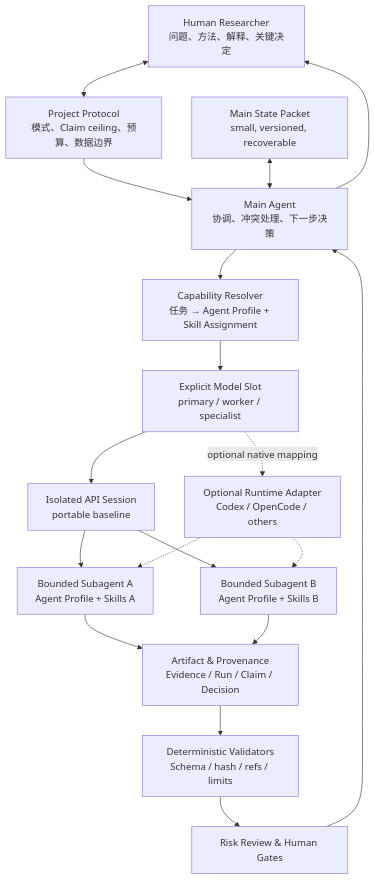
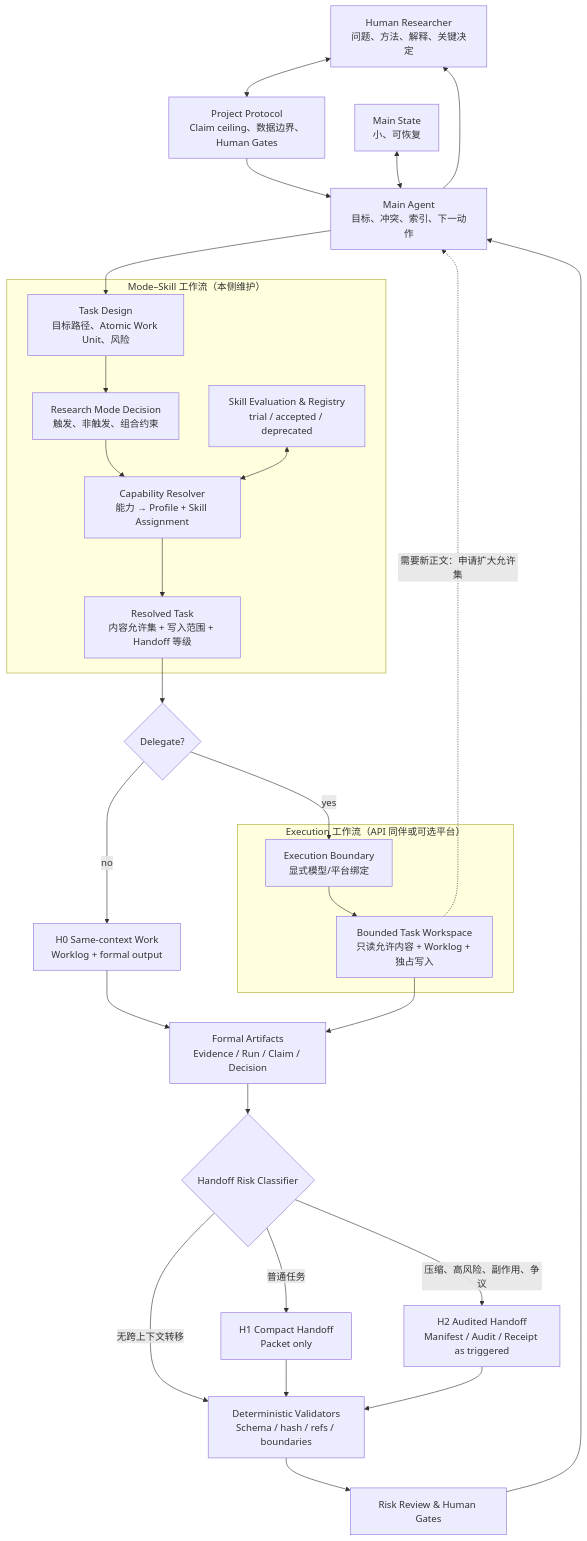
One commit to Chengyue-Lu/research-agent-workbench changed the first of 2 diagrams in docs/ARCHITECTURE.md. Above: the diagram before and after it, drawn with Mermaid. The commit also changed other lines of this file and 27 other files, not shown here.

Commit message:
Shift focus to mode and skill selection

````diff
--- a/docs/ARCHITECTURE.md
+++ b/docs/ARCHITECTURE.md
@@ -59,34 +58,47 @@
 ```mermaid
 flowchart TB
     H["Human Researcher\n问题、方法、解释、关键决定"]
-    PP["Project Protocol\n模式、Claim ceiling、预算、数据边界"]
-    MA["Main Agent\n协调、冲突处理、下一步决策"]
-    CR["Capability Resolver\n任务 → Agent Profile + Skill Assignment"]
-    MB["Explicit Model Slot\nprimary / worker / specialist"]
-    API["Isolated API Session\nportable baseline"]
-    RT["Optional Runtime Adapter\nCodex / OpenCode / others"]
-    SA1["Bounded Subagent A\nAgent Profile + Skills A"]
-    SA2["Bounded Subagent B\nAgent Profile + Skills B"]
-    AR["Artifact & Provenance\nEvidence / Run / Claim / Decision"]
-    DV["Deterministic Validators\nSchema / hash / refs / limits"]
+    PP["Project Protocol\nClaim ceiling、数据边界、Human Gates"]
+    MA["Main Agent\n目标、冲突、索引、下一动作"]
+    MS["Main State\n小、可恢复"]
+
+    subgraph OWN["Mode–Skill 工作流（本侧维护）"]
+        TD["Task Design\n目标路径、Atomic Work Unit、风险"]
+        RM["Research Mode Decision\n触发、非触发、组合约束"]
+        CR["Capability Resolver\n能力 → Profile + Skill Assignment"]
+        RP["Resolved Task\n内容允许集 + 写入范围 + Handoff 等级"]
+        SE["Skill Evaluation & Registry\ntrial / accepted / deprecated"]
+    end
+
+    subgraph EXEC["Execution 工作流（API 同伴或可选平台）"]
+        EB["Execution Boundary\n显式模型/平台绑定"]
+        TW["Bounded Task Workspace\n只读允许内容 + Worklog + 独占写入"]
+    end
+
+    DG{"Delegate?"}
+    L0["H0 Same-context Work\nWorklog + formal output"]
+    AR["Formal Artifacts\nEvidence / Run / Claim / Decision"]
+    HC{"Handoff Risk Classifier"}
+    H1["H1 Compact Handoff\nPacket only"]
+    H2["H2 Audited Handoff\nManifest / Audit / Receipt as triggered"]
+    DV["Deterministic Validators\nSchema / hash / refs / boundaries"]
     RG["Risk Review & Human Gates"]
-    MS["Main State Packet\nsmall, versioned, recoverable"]
 
     H <--> PP
     PP --> MA
     MS <--> MA
-    MA --> CR
-    CR --> MB
-    MB --> API
-    MB -.->|"optional native mapping"| RT
-    API --> SA1
-    API --> SA2
-    RT -.-> SA1
-    RT -.-> SA2
-    SA1 --> AR
-    SA2 --> AR
-    AR --> DV
-    DV --> RG
-    RG --> MA
-    MA --> H
+    MA --> TD
+    TD --> RM --> CR --> RP
+    SE <--> CR
+    RP --> DG
+    DG -->|"no"| L0 --> AR
+    DG -->|"yes"| EB --> TW --> AR
+    TW -.->|"需要新正文：申请扩大允许集"| MA
+    AR --> HC
+    HC -->|"无跨上下文转移"| DV
+    HC -->|"普通任务"| H1
+    HC -->|"压缩、高风险、副作用、争议"| H2
+    H1 --> DV
+    H2 --> DV
+    DV --> RG --> MA --> H
 ```
````
